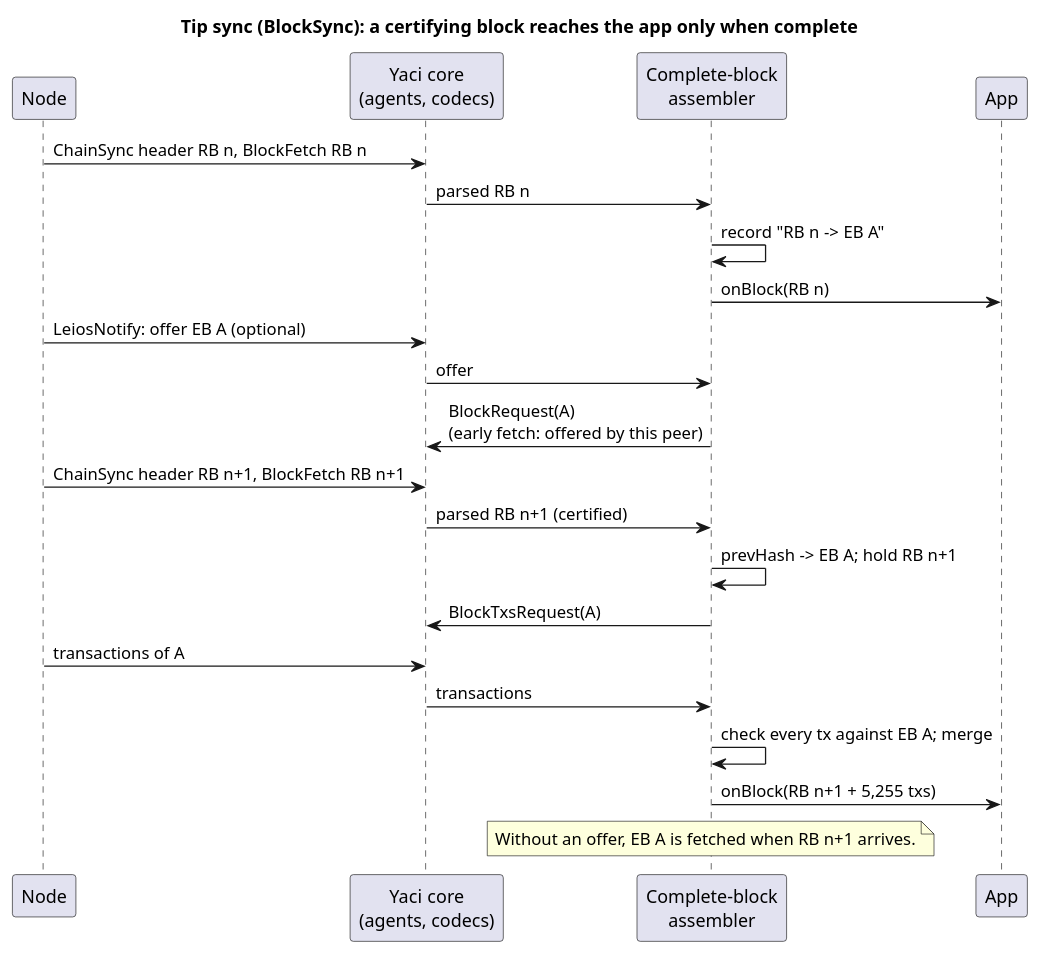
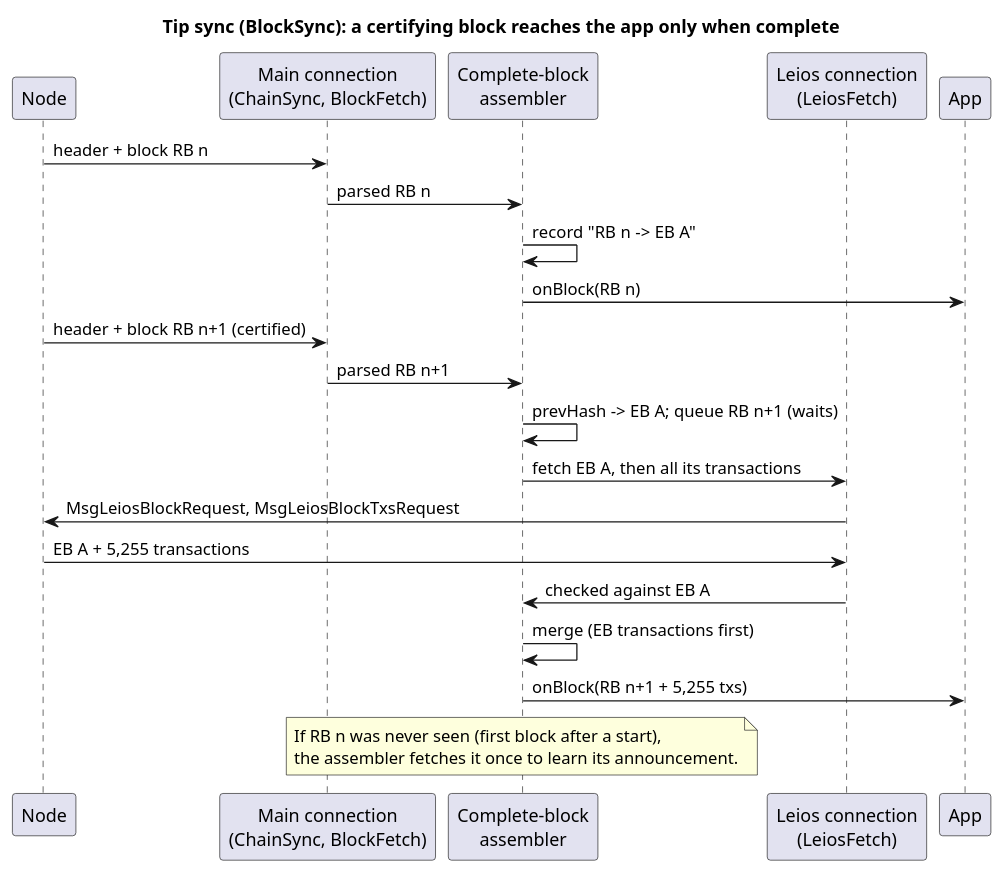
Before and after one commit to bloxbean/yaci: the diagram in docs/leios/diagrams/5-tip-sync.puml, drawn with PlantUML. The commit also changed 17 other files, not shown here.

```diff
--- a/docs/leios/diagrams/5-tip-sync.puml
+++ b/docs/leios/diagrams/5-tip-sync.puml
@@ -1,29 +1,29 @@
 @startuml 5-tip-sync
 skinparam defaultFontName Helvetica
 skinparam shadowing false
 skinparam sequenceMessageAlign left
 title Tip sync (BlockSync): a certifying block reaches the app only when complete
 participant "Node" as N
-participant "Yaci core\n(agents, codecs)" as C
+participant "Main connection\n(ChainSync, BlockFetch)" as C
 participant "Complete-block\nassembler" as A
+participant "Leios connection\n(LeiosFetch)" as L
 participant "App" as P
 
-N -> C : ChainSync header RB n, BlockFetch RB n
+N -> C : header + block RB n
 C -> A : parsed RB n
 A -> A : record "RB n -> EB A"
 A -> P : onBlock(RB n)
-N -> C : LeiosNotify: offer EB A (optional)
-C -> A : offer
-A -> C : BlockRequest(A)\n(early fetch: offered by this peer)
-N -> C : ChainSync header RB n+1, BlockFetch RB n+1
-C -> A : parsed RB n+1 (certified)
-A -> A : prevHash -> EB A; hold RB n+1
-A -> C : BlockTxsRequest(A)
-N -> C : transactions of A
-C -> A : transactions
-A -> A : check every tx against EB A; merge
+N -> C : header + block RB n+1 (certified)
+C -> A : parsed RB n+1
+A -> A : prevHash -> EB A; queue RB n+1 (waits)
+A -> L : fetch EB A, then all its transactions
+L -> N : MsgLeiosBlockRequest, MsgLeiosBlockTxsRequest
+N -> L : EB A + 5,255 transactions
+L -> A : checked against EB A
+A -> A : merge (EB transactions first)
 A -> P : onBlock(RB n+1 + 5,255 txs)
 note over A
-  Without an offer, EB A is fetched when RB n+1 arrives.
+  If RB n was never seen (first block after a start),
+  the assembler fetches it once to learn its announcement.
 end note
 @enduml
```
